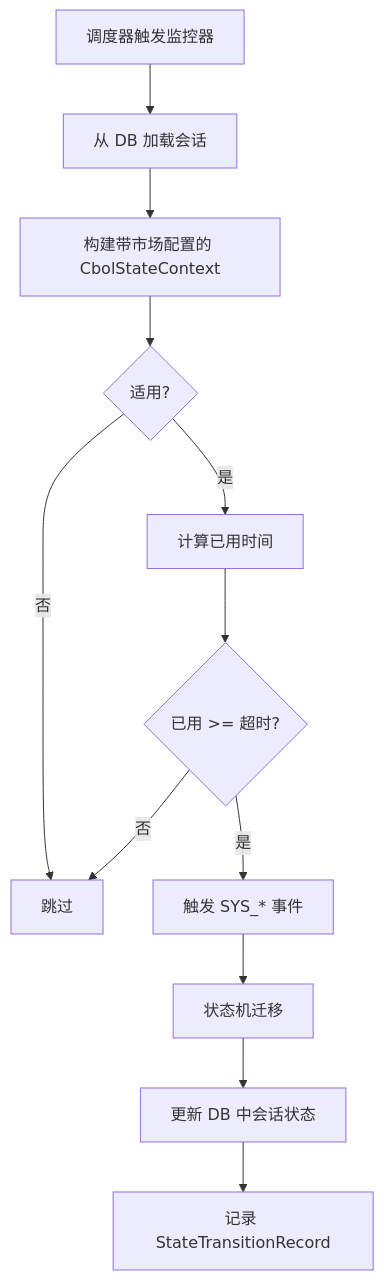
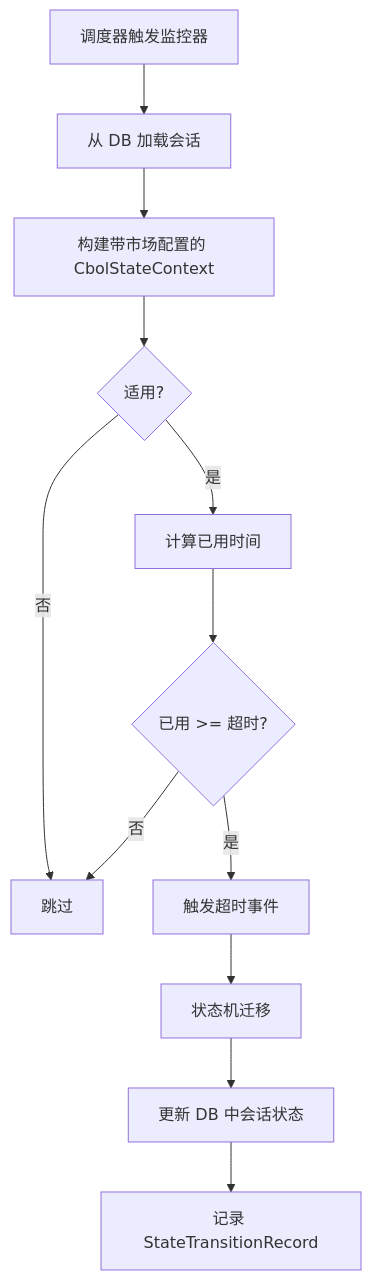
Before and after one commit to huangzhiqiu/ai-knowledge-design: the second of 5 diagrams in 08-Code/state-machine/docs/zh/02-CBOL-Business-Layer-Design.md, drawn with Mermaid. The commit also changed other lines of this file, not shown here.

````diff
--- a/08-Code/state-machine/docs/zh/02-CBOL-Business-Layer-Design.md
+++ b/08-Code/state-machine/docs/zh/02-CBOL-Business-Layer-Design.md
@@ -292,14 +292,14 @@
 ```mermaid
 flowchart TD
     A[调度器触发监控器] --> B[从 DB 加载会话]
     B --> C[构建带市场配置的 CbolStateContext]
     C --> D{适用?}
     D -->|否| E[跳过]
     D -->|是| F[计算已用时间]
     F --> G{已用 >= 超时?}
     G -->|否| E
-    G -->|是| H[触发 SYS_* 事件]
+    G -->|是| H[触发超时事件]
     H --> I[状态机迁移]
     I --> J[更新 DB 中会话状态]
     J --> K[记录 StateTransitionRecord]
 ```
````
